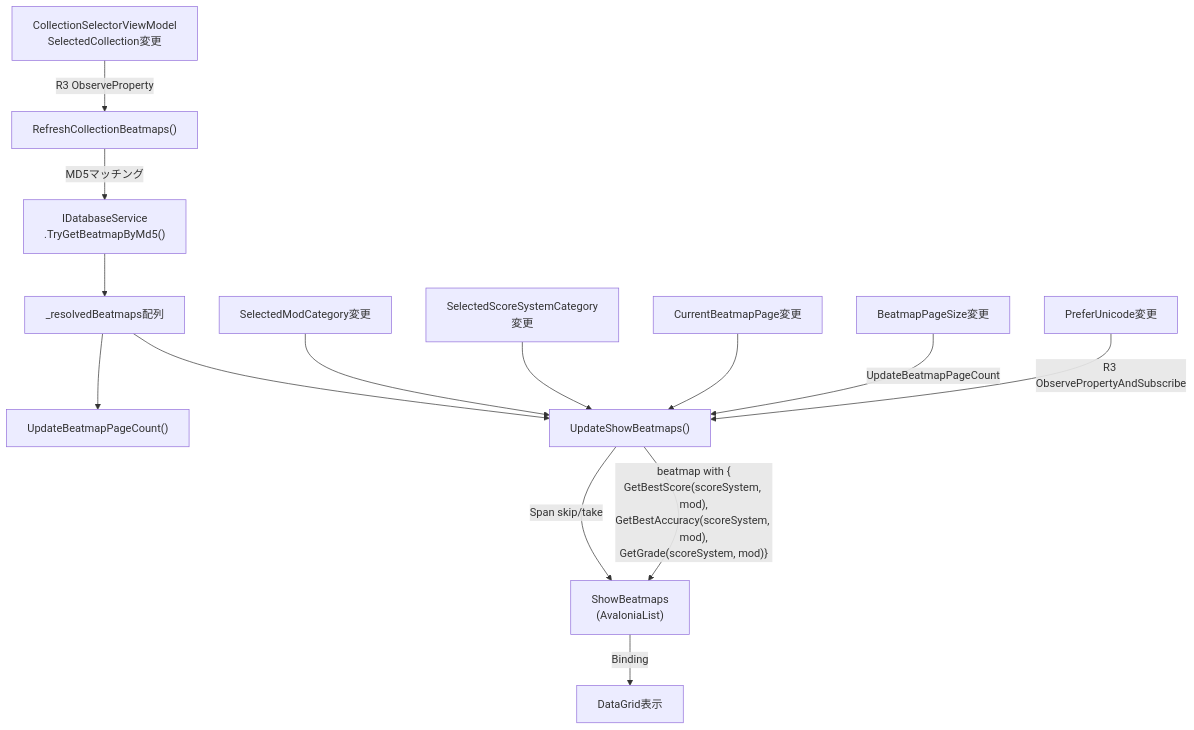
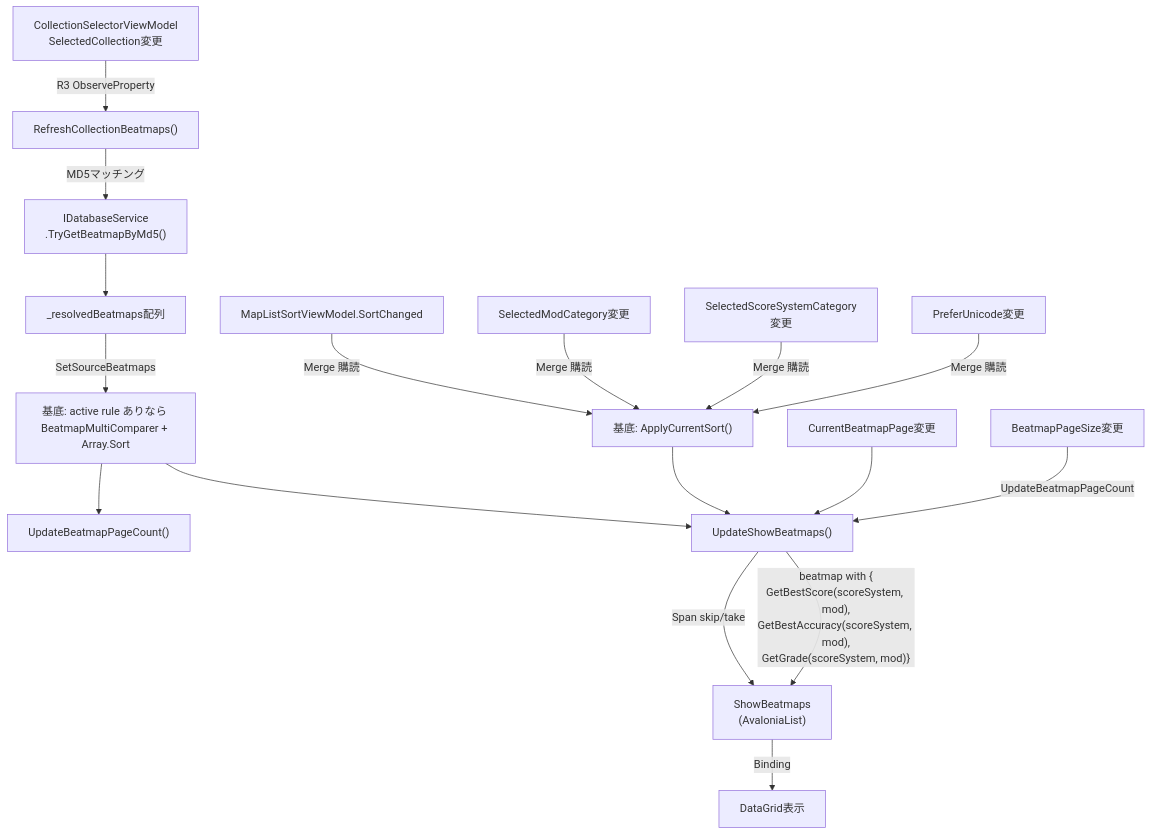
Before and after one commit to rice5941/NakuruTool_Avalonia_AOT: diagram 16 of 24 in docs/DATA_FLOW.md, drawn with Mermaid. The commit also changed other lines of this file and 35 other files, not shown here.

````diff
--- a/docs/DATA_FLOW.md
+++ b/docs/DATA_FLOW.md
@@ -642,18 +650,21 @@
 ```mermaid
 flowchart TD
     CS["CollectionSelectorViewModel<br/>SelectedCollection変更"] -->|R3 ObserveProperty| RC["RefreshCollectionBeatmaps()"]
     RC -->|MD5マッチング| DB["IDatabaseService<br/>.TryGetBeatmapByMd5()"]
     DB --> RB["_resolvedBeatmaps配列"]
-    RB --> UPC["UpdateBeatmapPageCount()"]
-    RB --> USB["UpdateShowBeatmaps()"]
+    RB -->|SetSourceBeatmaps| BASE["基底: active rule ありなら BeatmapMultiComparer + Array.Sort"]
+    BASE --> UPC["UpdateBeatmapPageCount()"]
+    BASE --> USB["UpdateShowBeatmaps()"]
 
-    MOD["SelectedModCategory変更"] --> USB
-    SS["SelectedScoreSystemCategory変更"] --> USB
+    SORT["MapListSortViewModel.SortChanged"] -->|Merge 購読| AC["基底: ApplyCurrentSort()"]
+    MOD["SelectedModCategory変更"] -->|Merge 購読| AC
+    SS["SelectedScoreSystemCategory変更"] -->|Merge 購読| AC
+    PU["PreferUnicode変更"] -->|Merge 購読| AC
+    AC --> USB
     PAGE["CurrentBeatmapPage変更"] --> USB
     PSIZE["BeatmapPageSize変更"] -->|UpdateBeatmapPageCount| USB
-    PU["PreferUnicode変更"] -->|R3 ObservePropertyAndSubscribe| USB
 
     USB -->|"Span skip/take"| SB["ShowBeatmaps<br/>(AvaloniaList)"]
     USB -->|"beatmap with {<br/>GetBestScore(scoreSystem, mod),<br/>GetBestAccuracy(scoreSystem, mod),<br/>GetGrade(scoreSystem, mod)}"| SB
     SB -->|Binding| DG["DataGrid表示"]
 ```
````
